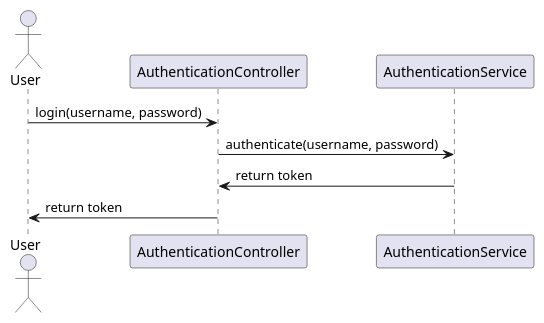
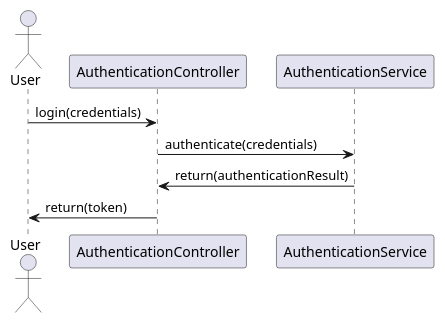
Before and after one commit to Dinesh-s95/AutoDoc.ai: the second of 4 diagrams in enrollment/documentation/detaileddesign.adoc, drawn with PlantUML. The commit also changed other lines of this file and 4 other files, not shown here.

```diff
--- a/enrollment/documentation/detaileddesign.adoc
+++ b/enrollment/documentation/detaileddesign.adoc
@@ -203,13 +123,13 @@
-[plantuml, authentication-flow, png]
-----
+[plantuml, sequence-authentication, png]
+....
 @startuml
-actor "User" as user
-participant "AuthenticationController" as authController
-participant "AuthenticationService" as authService
+actor User
+participant "AuthenticationController" as AC
+participant "AuthenticationService" as AS
 
-user -> authController : login(username, password)
-authController -> authService : authenticate(username, password)
-authService -> authController : return token
-authController -> user : return token
+User -> AC : login(credentials)
+AC -> AS : authenticate(credentials)
+AS -> AC : return(authenticationResult)
+AC -> User : return(token)
 @enduml
-----
+....
```
